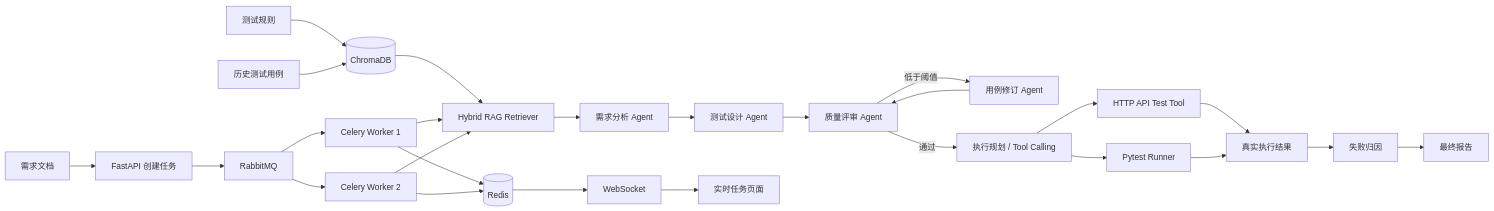
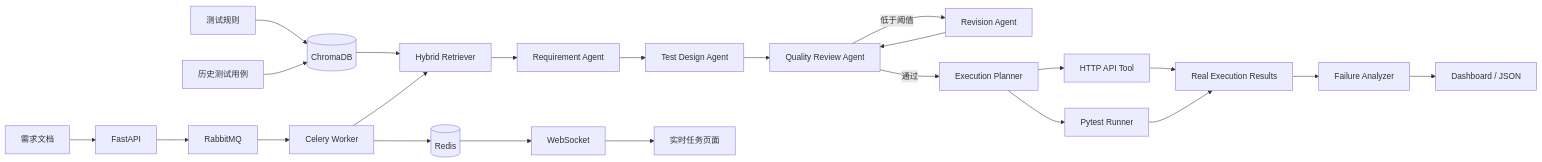
Before and after one commit to xingqianyue268-alt/req2test-agent: the diagram in README.md, drawn with Mermaid. The commit also changed other lines of this file, not shown here.

Commit message:
docs: rewrite README for verified AI test platform

````diff
--- a/README.md
+++ b/README.md
@@ -31,32 +37,29 @@
 ```mermaid
 flowchart LR
-    A[需求文档] --> API[FastAPI 创建任务]
+    A[需求文档] --> API[FastAPI]
     API --> MQ[RabbitMQ]
-    MQ --> W1[Celery Worker 1]
-    MQ --> W2[Celery Worker 2]
+    MQ --> W[Celery Worker]
 
     Rules[测试规则] --> VDB[(ChromaDB)]
     Cases[历史测试用例] --> VDB
-    VDB --> RAG[Hybrid RAG Retriever]
+    VDB --> RAG[Hybrid Retriever]
 
-    W1 --> RAG
-    W2 --> RAG
-    RAG --> C[需求分析 Agent]
-    C --> D[测试设计 Agent]
-    D --> E[质量评审 Agent]
-    E -->|低于阈值| F[用例修订 Agent]
-    F --> E
+    W --> RAG
+    RAG --> RA[Requirement Agent]
+    RA --> TD[Test Design Agent]
+    TD --> QR[Quality Review Agent]
+    QR -->|低于阈值| RV[Revision Agent]
+    RV --> QR
 
-    E -->|通过| P[执行规划 / Tool Calling]
-    P --> H[HTTP API Test Tool]
-    P --> T[Pytest Runner]
-    H --> X[真实执行结果]
-    T --> X
-    X --> FA[失败归因]
-    FA --> OUT[最终报告]
+    QR -->|通过| P[Execution Planner]
+    P --> HT[HTTP API Tool]
+    P --> PT[Pytest Runner]
+    HT --> ER[Real Execution Results]
+    PT --> ER
+    ER --> FA[Failure Analyzer]
+    FA --> OUT[Dashboard / JSON]
 
-    W1 --> Redis[(Redis)]
-    W2 --> Redis
+    W --> Redis[(Redis)]
     Redis --> WS[WebSocket]
     WS --> UI[实时任务页面]
 ```
````
